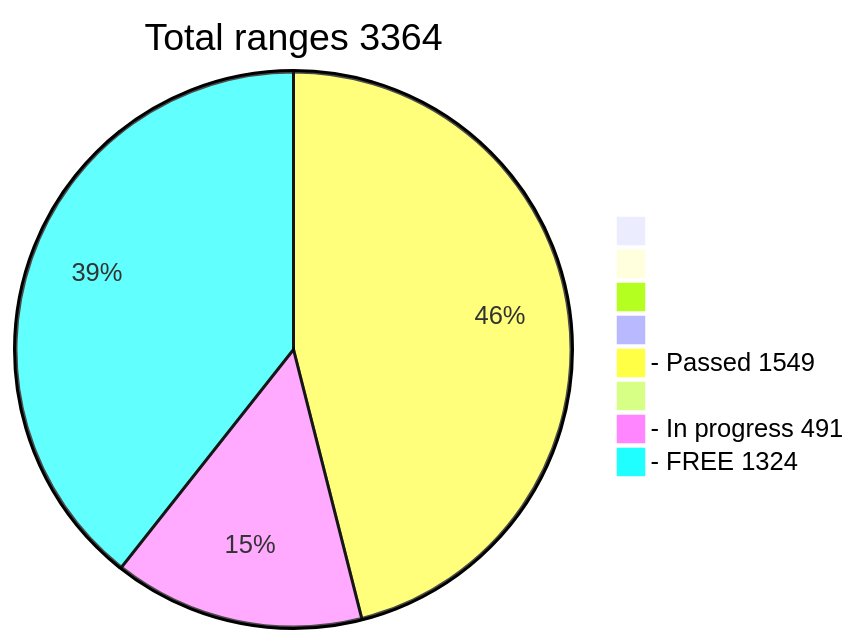
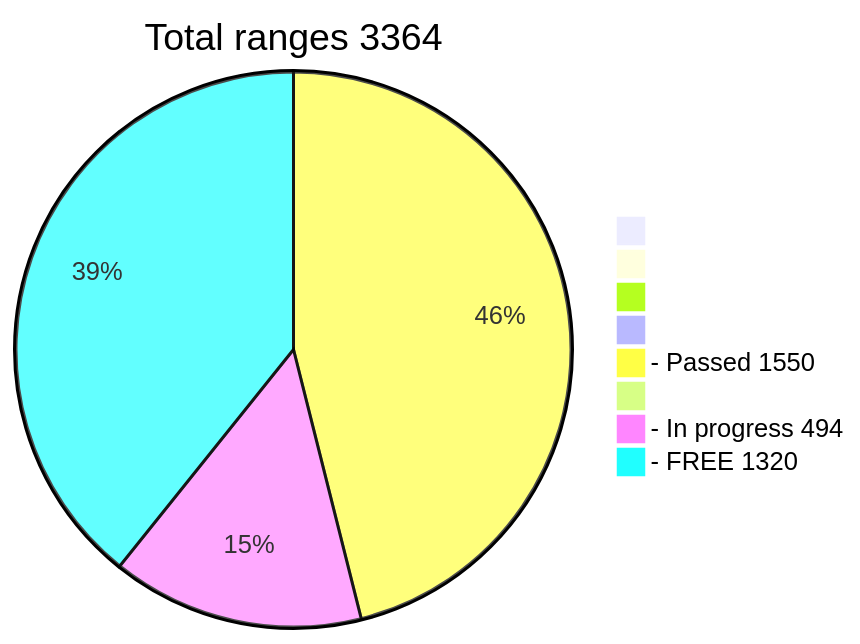
The diagram in README.md (phrutis/wif500), drawn with Mermaid before and after one commit.

````diff
--- a/README.md
+++ b/README.md
@@ -16,12 +16,12 @@
 ```mermaid
 pie title Total ranges 3364
              " " : 0
             "  " : 0
            "   " : 0
           "    " : 0
-  "- Passed 1549" : 1549
+  "- Passed 1550" : 1550
          "     " : 0
-  "- In progress 491" : 491
-   "- FREE 1324" : 1324
+  "- In progress 494" : 494
+   "- FREE 1320" : 1320
    
 ```
````
